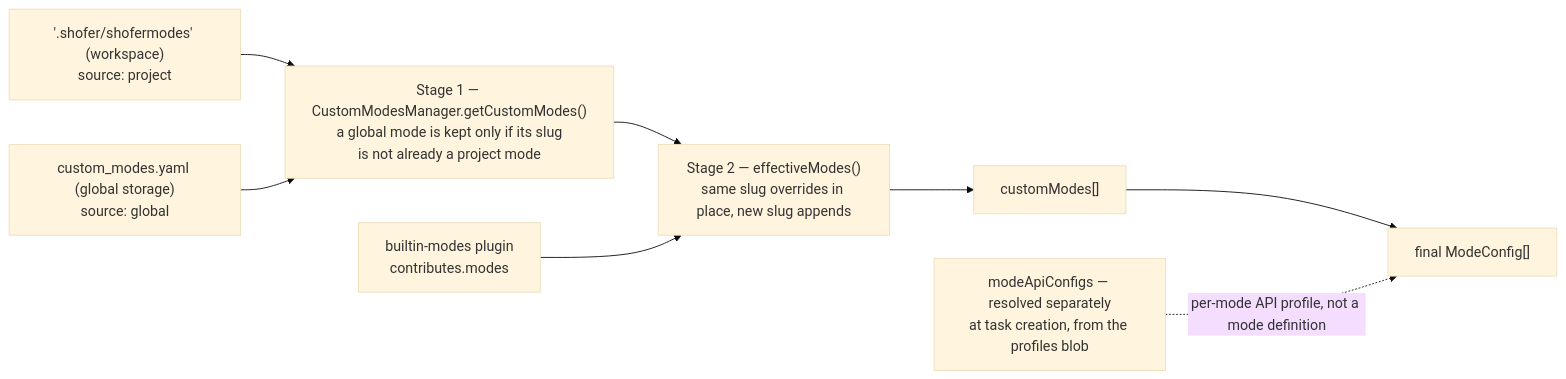
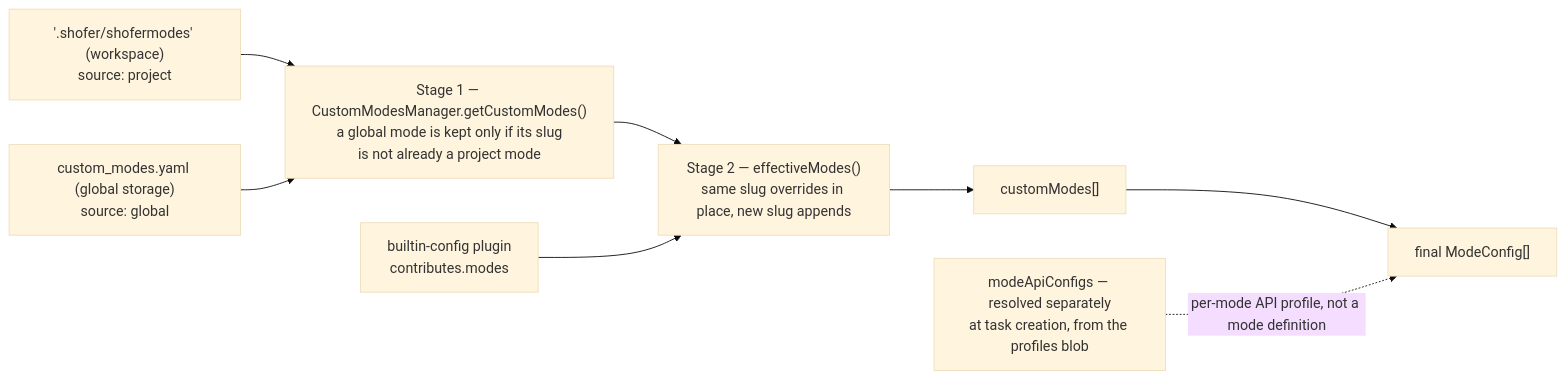
One commit to shofer-dev/shofer changed the third of 5 diagrams in docs/settings_overlay.md. Above: the diagram before and after it, drawn with Mermaid (base theme). The commit also changed other lines of this file and 174 other files, not shown here.

First line of the commit message:
feat(plugins)!: merge the bundled plugins into basics and builtin-config

````diff
--- a/docs/settings_overlay.md
+++ b/docs/settings_overlay.md
@@ -451,19 +451,19 @@
 ```mermaid
 flowchart LR
     PROJ["'.shofer/shofermodes' (workspace)<br/>source: project"]
     GLOB["custom_modes.yaml (global storage)<br/>source: global"]
-    BUILT["builtin-modes plugin<br/>contributes.modes"]
+    BUILT["builtin-config plugin<br/>contributes.modes"]
     S1["Stage 1 — CustomModesManager.getCustomModes()<br/>a global mode is kept only if its slug<br/>is not already a project mode"]
     CM["customModes[]"]
     S2["Stage 2 — effectiveModes()<br/>same slug overrides in place, new slug appends"]
     FINAL["final ModeConfig[]"]
     MAC["modeApiConfigs — resolved separately<br/>at task creation, from the profiles blob"]
 
     PROJ --> S1
     GLOB --> S1
     S1 --> S2
     BUILT --> S2
     S2 --> CM
     CM --> FINAL
     MAC -.->|"per-mode API profile, not a mode definition"| FINAL
 ```
````
